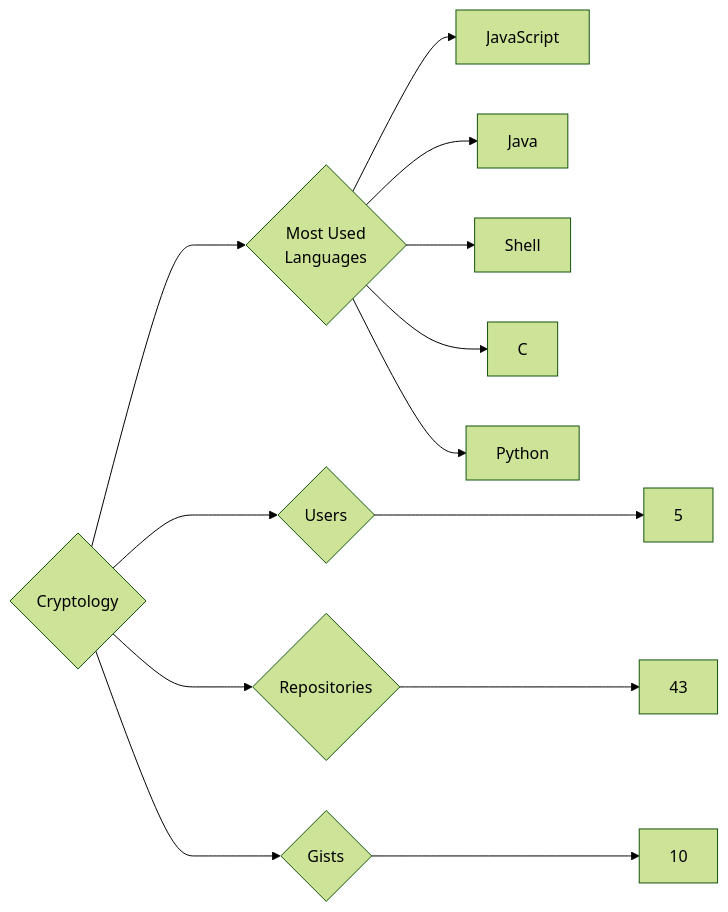
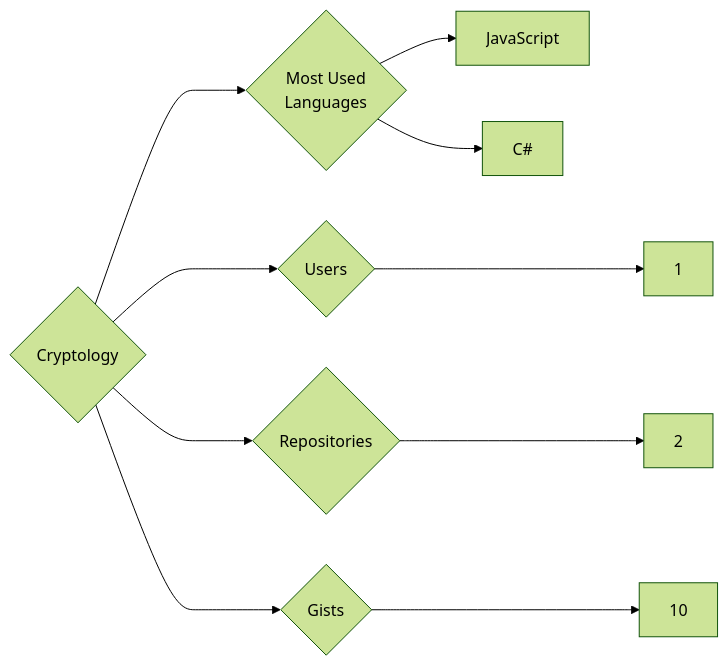
Before and after one commit to trickest/insiders: the diagram in targets/Cryptology/README.md, drawn with Mermaid (forest theme). The commit also changed 1030 other files, not shown here.

````diff
--- a/targets/Cryptology/README.md
+++ b/targets/Cryptology/README.md
@@ -3,13 +3,10 @@
 ```mermaid
 graph LR
 COMPANY_NAME{Cryptology}
-COMPANY_NAME ---> U{Users} ---> UN[5]
-COMPANY_NAME ---> R{Repositories} ---> RN[43]
+COMPANY_NAME ---> U{Users} ---> UN[1]
+COMPANY_NAME ---> R{Repositories} ---> RN[2]
 COMPANY_NAME ---> G{Gists} ---> GN[10]
 COMPANY_NAME ---> ML{Most Used<br>Languages}
 ML --> JavaScript[JavaScript]
-ML --> Java[Java]
-ML --> Shell[Shell]
-ML --> C[C]
-ML --> Python[Python]
+ML --> C#[C#]
 ```
````
